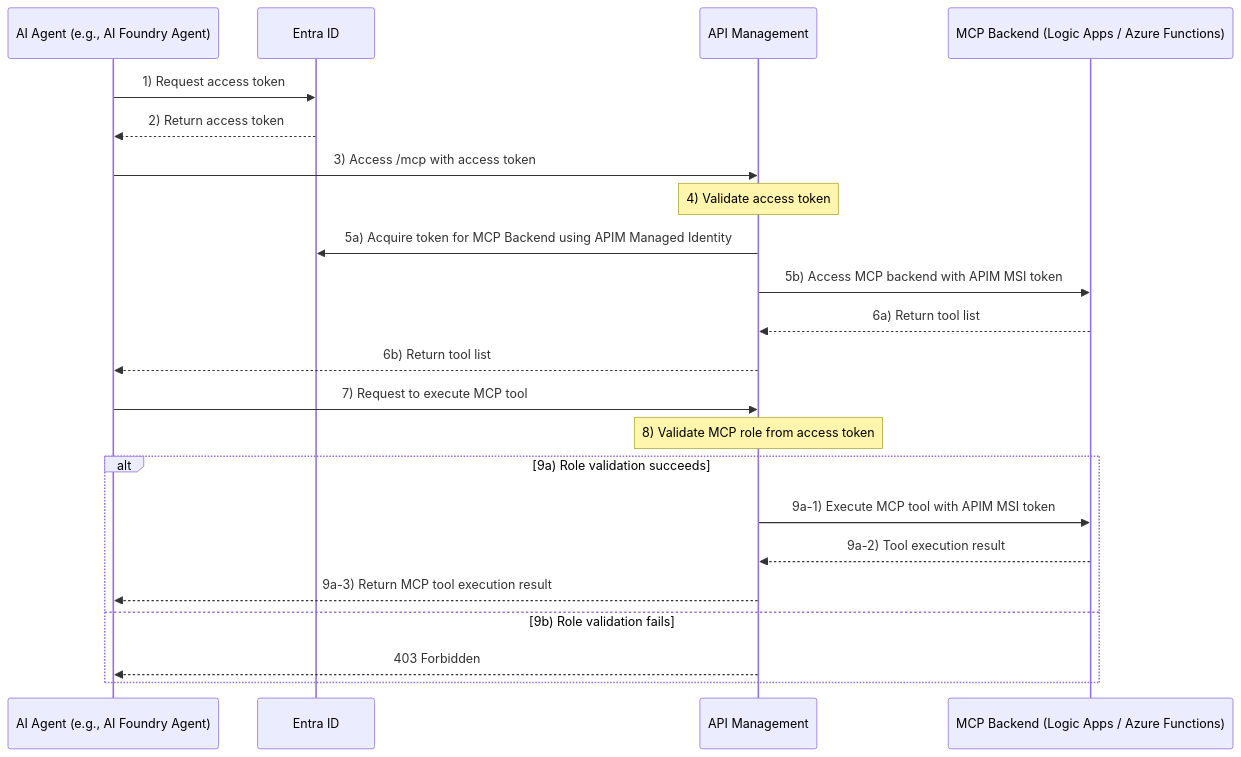
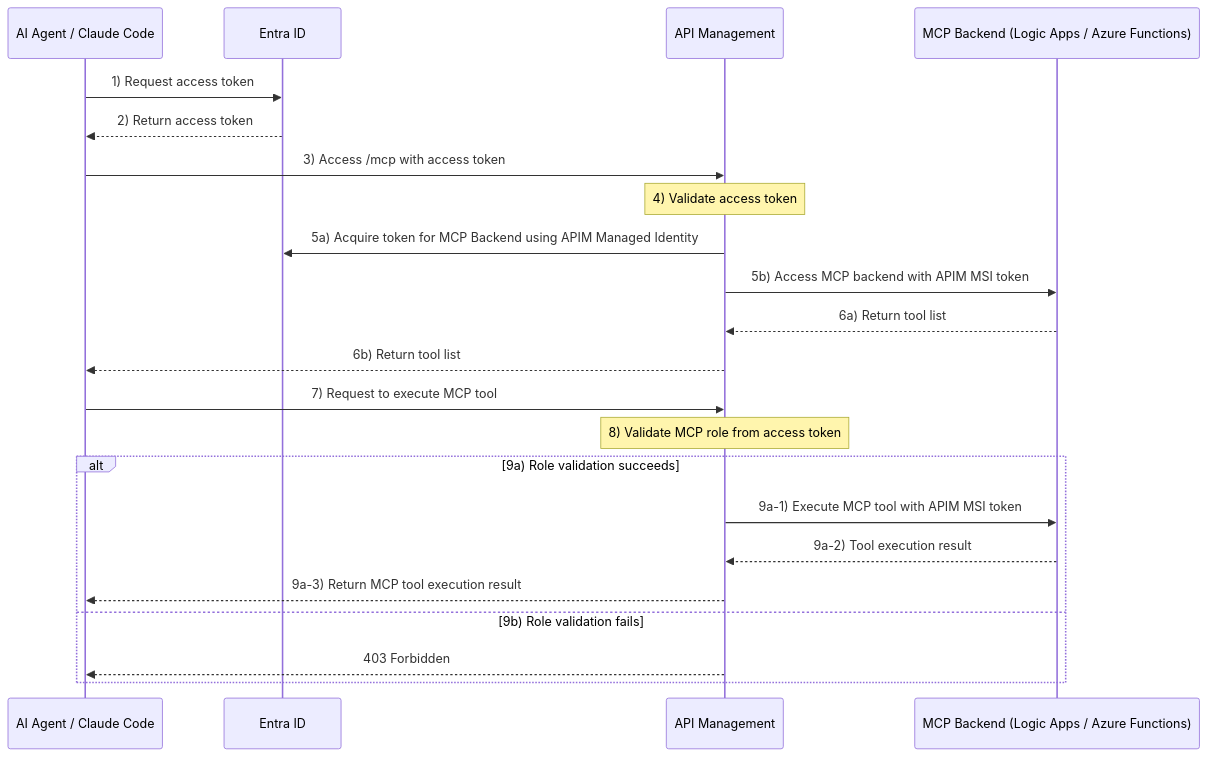
One commit to apc-n-orita/apim-mcp-oauth changed the third of 4 diagrams in README.md. Above: the diagram before and after it, drawn with Mermaid. The commit also changed other lines of this file and 16 other files, not shown here.

First line of the commit message:
Add Claude Code / Copilot CLI patterns and sync APIM policy docs (#2)

````diff
--- a/README.md
+++ b/README.md
@@ -138,28 +141,28 @@
 ```mermaid
 sequenceDiagram
-    participant Agent as AI Agent (e.g., AI Foundry Agent)
+    participant Agent as AI Agent / Claude Code
     participant Entra as Entra ID
     participant APIM as API Management
     participant MCP as MCP Backend (Logic Apps / Azure Functions)
 
     Agent->>Entra: 1) Request access token
     Entra-->>Agent: 2) Return access token
 
     Agent->>APIM: 3) Access /mcp with access token
     Note over APIM: 4) Validate access token
     APIM->>Entra: 5a) Acquire token for MCP Backend using APIM Managed Identity
     APIM->>MCP: 5b) Access MCP backend with APIM MSI token
     MCP-->>APIM: 6a) Return tool list
     APIM-->>Agent: 6b) Return tool list
 
     Agent->>APIM: 7) Request to execute MCP tool
     Note over APIM: 8) Validate MCP role from access token
 
     alt 9a) Role validation succeeds
         APIM->>MCP: 9a-1) Execute MCP tool with APIM MSI token
         MCP-->>APIM: 9a-2) Tool execution result
         APIM-->>Agent: 9a-3) Return MCP tool execution result
     else 9b) Role validation fails
         APIM-->>Agent: 403 Forbidden
     end
 ```
````
